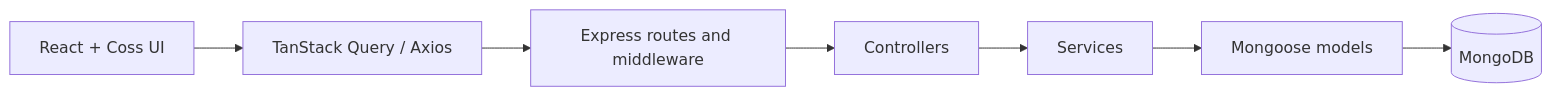
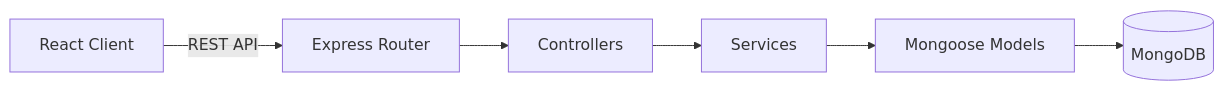
One commit to durgeshpatel-dev/com.bot-Roadly changed the diagram in README.md. Above: the diagram before and after it, drawn with Mermaid. The commit also changed other lines of this file and 34 other files, not shown here.

````diff
--- a/README.md
+++ b/README.md
@@ -25,9 +54,8 @@
 ```mermaid
 flowchart LR
-  React[React + Coss UI] --> Query[TanStack Query / Axios]
-  Query --> API[Express routes and middleware]
-  API --> Controllers[Controllers]
-  Controllers --> Services[Services]
-  Services --> Models[Mongoose models]
-  Models --> Mongo[(MongoDB)]
+    A[React Client] -->|REST API| B[Express Router]
+    B --> C[Controllers]
+    C --> D[Services]
+    D --> E[Mongoose Models]
+    E --> F[(MongoDB)]
 ```
````
